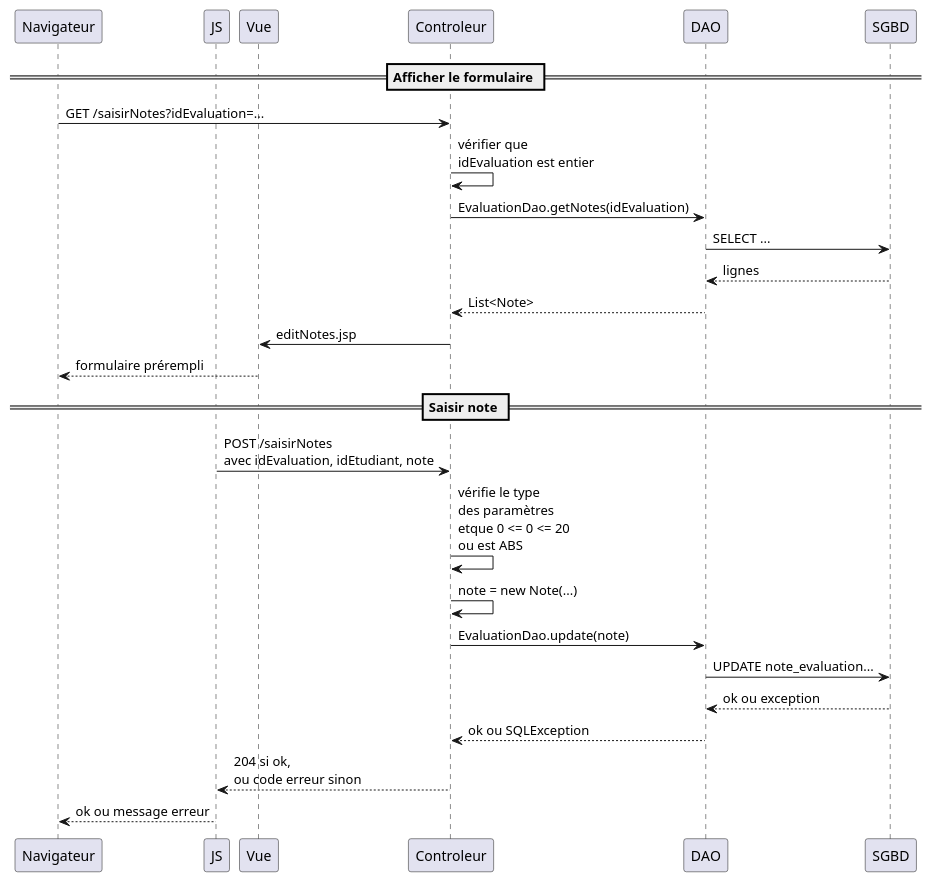
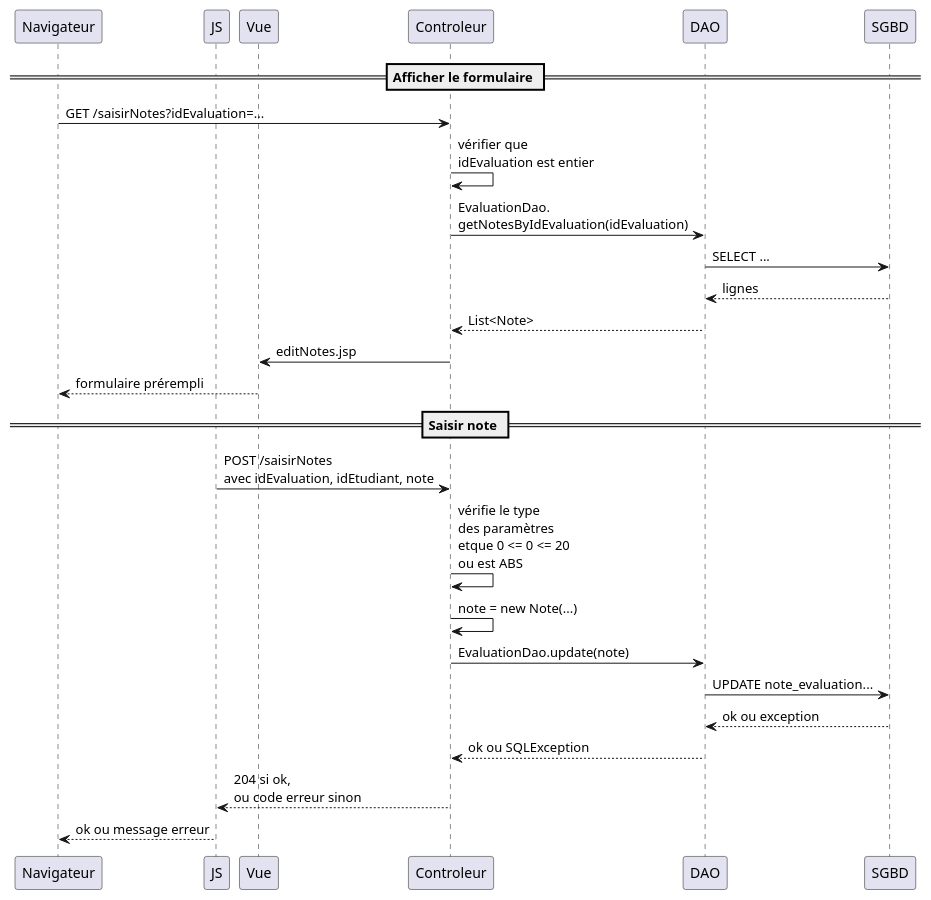
The diagram in src/main/uml/saisirNotes.puml (michel-plasse/SIOMassy2022), drawn with PlantUML before and after one commit. The commit also changed 5 other files, not shown here.

```diff
--- a/src/main/uml/saisirNotes.puml
+++ b/src/main/uml/saisirNotes.puml
@@ -1,26 +1,26 @@
 @startuml
 participant Navigateur
 participant JS
 participant Vue
 
 == Afficher le formulaire ==
 Navigateur -> Controleur: GET /saisirNotes?idEvaluation=...
 Controleur -> Controleur: vérifier que\nidEvaluation est entier
-Controleur -> DAO: EvaluationDao.getNotes(idEvaluation)
+Controleur -> DAO: EvaluationDao.\ngetNotesByIdEvaluation(idEvaluation)
 DAO -> SGBD: SELECT ...
 SGBD --> DAO: lignes
 DAO --> Controleur: List<Note>
 Controleur -> Vue: editNotes.jsp
 Vue --> Navigateur: formulaire prérempli
 
 == Saisir note ==
 JS -> Controleur: POST /saisirNotes\navec idEvaluation, idEtudiant, note
 Controleur -> Controleur: vérifie le type\ndes paramètres\netque 0 <= 0 <= 20\nou est ABS
 Controleur -> Controleur: note = new Note(...)
 Controleur -> DAO: EvaluationDao.update(note)
 DAO -> SGBD: UPDATE note_evaluation...
 SGBD --> DAO: ok ou exception
 DAO --> Controleur: ok ou SQLException
 Controleur --> JS: 204 si ok,\nou code erreur sinon
 JS --> Navigateur: ok ou message erreur
 @enduml
```
